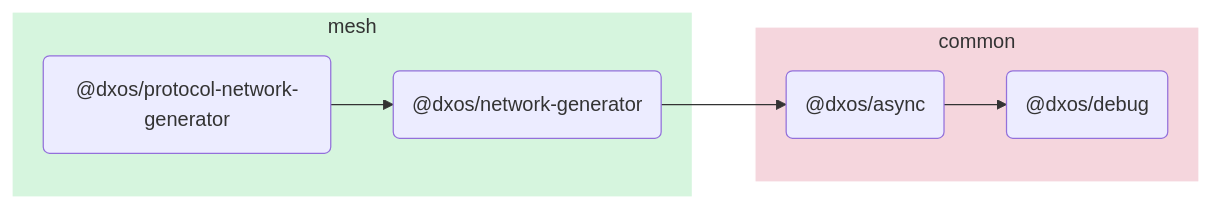
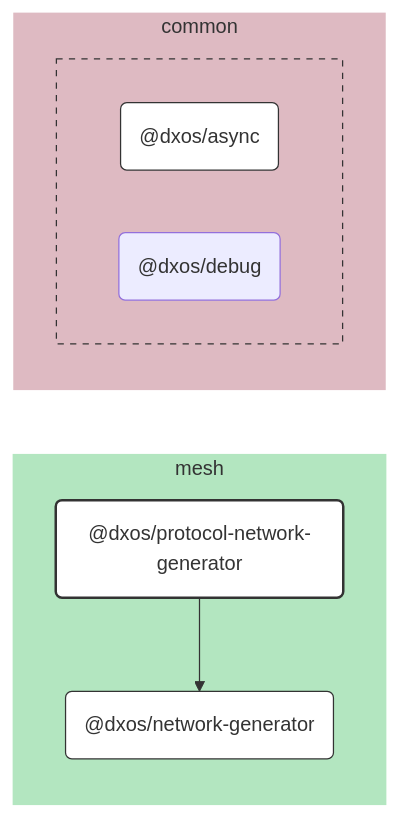
The diagram in packages/mesh/protocol-network-generator/docs/README.md (dxos/dxos), drawn with Mermaid before and after one commit. The commit also changed other lines of this file and 109 other files, not shown here.

````diff
--- a/packages/mesh/protocol-network-generator/docs/README.md
+++ b/packages/mesh/protocol-network-generator/docs/README.md
@@ -5,19 +7,43 @@
 ```mermaid
-flowchart LR;
+%%{ init: {'flowchart':{'curve':'basis'}} }%%
 
+flowchart LR
+
+%% Links
+dxos/protocol-network-generator --> dxos/network-generator;
+
+%% Sections
 subgraph mesh
-  style mesh fill:#d6f5de,stroke:#fff;
-  dxos/protocol-network-generator("@dxos/protocol-network-generator");
-  dxos/network-generator("@dxos/network-generator");
+  style mesh fill:#b3e6c0,stroke:#fff;
+
+  dxos/network-generator("@dxos/network-generator")
+  dxos/protocol-network-generator("@dxos/protocol-network-generator")
 end
 
 subgraph common
-  style common fill:#f5d6dd,stroke:#fff;
-  dxos/async("@dxos/async");
-  dxos/debug("@dxos/debug");
+  style common fill:#debac2,stroke:#fff;
+
+
+  subgraph common-excluded [ ]
+    style common-excluded fill:#debac2,stroke:#333,stroke-dasharray:5 5;
+
+    dxos/async("@dxos/async")
+    dxos/debug("@dxos/debug")
+  end
 end
 
-dxos/protocol-network-generator --> dxos/network-generator;
-dxos/network-generator --> dxos/async;
-dxos/async --> dxos/debug;
+
+%% Hyperlinks
+click dxos/async href "https:/github.com/dxos/dxos/tree/main/packages/common/async/docs";
+click dxos/network-generator href "https:/github.com/dxos/dxos/tree/main/packages/mesh/network-generator/docs";
+
+%% Styles
+classDef rootNode fill:#fff,stroke:#333,stroke-width:2px
+classDef defaultNode fill:#fff,stroke:#333,stroke-width:1px
+linkStyle default stroke:#333,stroke-width:1px
+
+dxos/protocol-network-generator:::rootNode
+
+dxos/async:::defaultNode
+dxos/network-generator:::defaultNode
 ```
````
